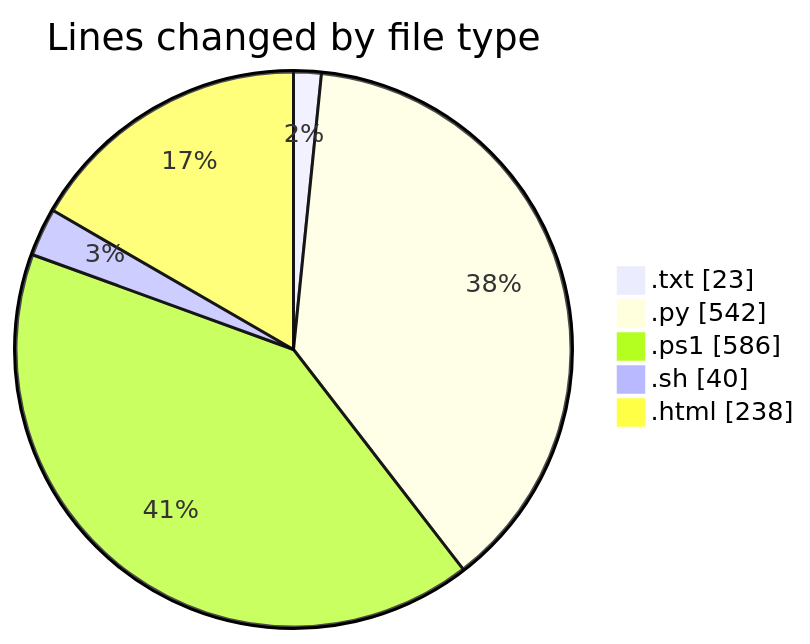
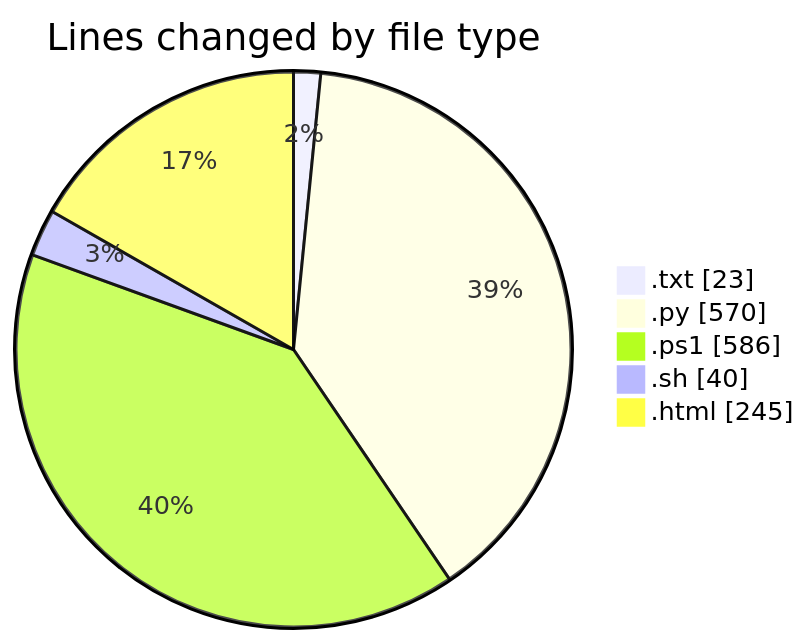
The first of 2 diagrams in 2025-05-16/python_app_deploy/README.md (CELIANVF/code-tracking), drawn with Mermaid before and after one commit. The commit also changed other lines of this file and 1 other file, not shown here.

````diff
--- a/2025-05-16/python_app_deploy/README.md
+++ b/2025-05-16/python_app_deploy/README.md
@@ -29,9 +29,9 @@
 ```mermaid
 pie showData
 title Lines changed by file type
 ".txt" : 23
-".py" : 542
+".py" : 570
 ".ps1" : 586
 ".sh" : 40
-".html" : 238
+".html" : 245
 ```
````
